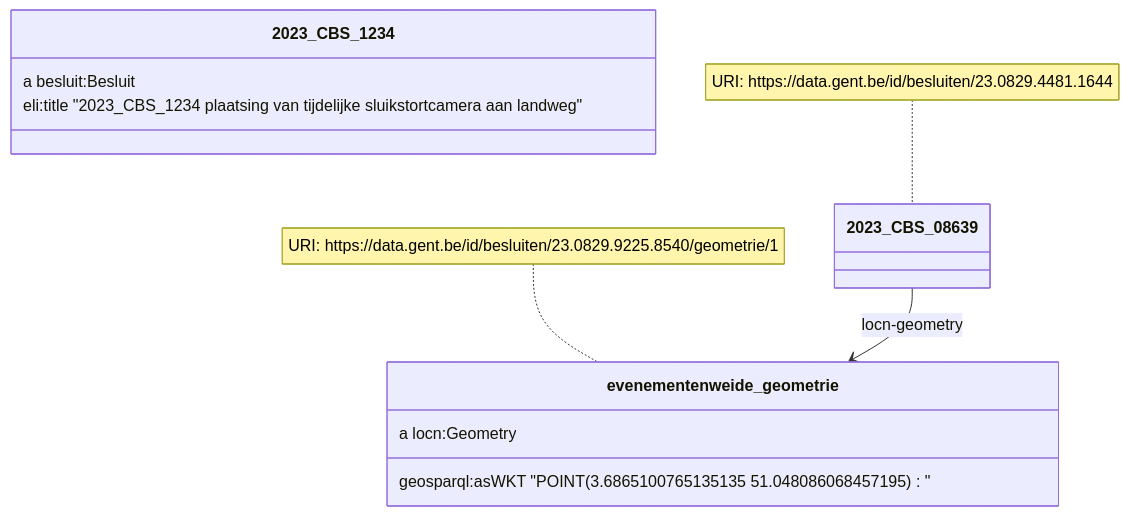
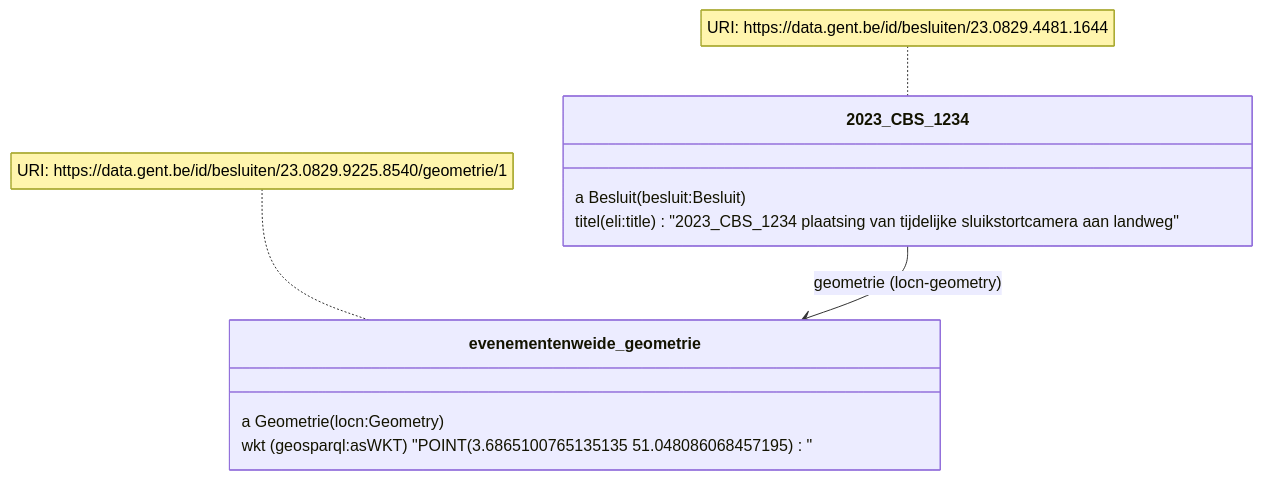
One commit to Informatievlaanderen/OSLOthema-slimmeRaadpleegOmgeving changed the fifth of 9 diagrams in README.md. Above: the diagram before and after it, drawn with Mermaid. The commit also changed other lines of this file, not shown here.

````diff
--- a/README.md
+++ b/README.md
@@ -168,14 +168,14 @@
 ```mermaid
 classDiagram
-    2023_CBS_08639 --> evenementenweide_geometrie: locn-geometry
-    note for 2023_CBS_08639 "URI: https://data.gent.be/id/besluiten/23.0829.4481.1644"
+    2023_CBS_1234 --> evenementenweide_geometrie: geometrie (locn-geometry)
+    note for 2023_CBS_1234 "URI: https://data.gent.be/id/besluiten/23.0829.4481.1644"
     note for evenementenweide_geometrie "URI: https://data.gent.be/id/besluiten/23.0829.9225.8540/geometrie/1"
     class 2023_CBS_1234 {
-      a besluit:Besluit
-      eli:title "2023_CBS_1234 plaatsing van tijdelijke sluikstortcamera aan landweg"
+      a Besluit (besluit:Besluit)
+      titel (eli:title) "2023_CBS_1234 plaatsing van tijdelijke sluikstortcamera aan landweg"
     }
     class evenementenweide_geometrie {
-      a locn:Geometry
-      geosparql:asWKT "POINT(3.6865100765135135 51.048086068457195)"
+      a Geometrie (locn:Geometry)
+      wkt (geosparql:asWKT) "POINT(3.6865100765135135 51.048086068457195)"
     }
 ```
````
